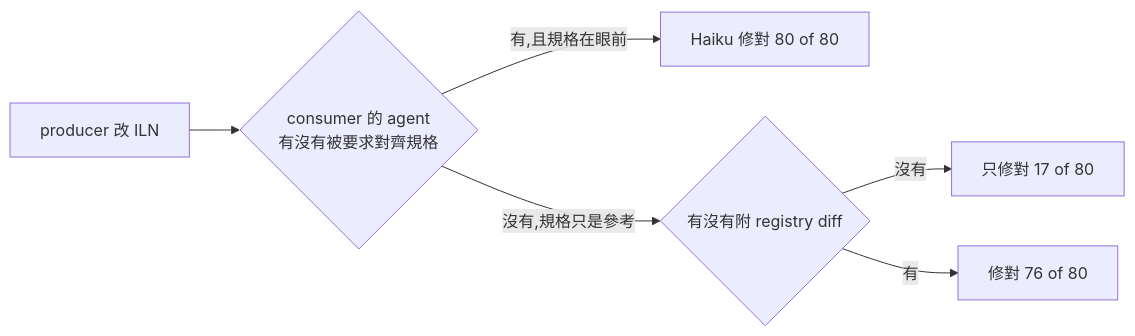
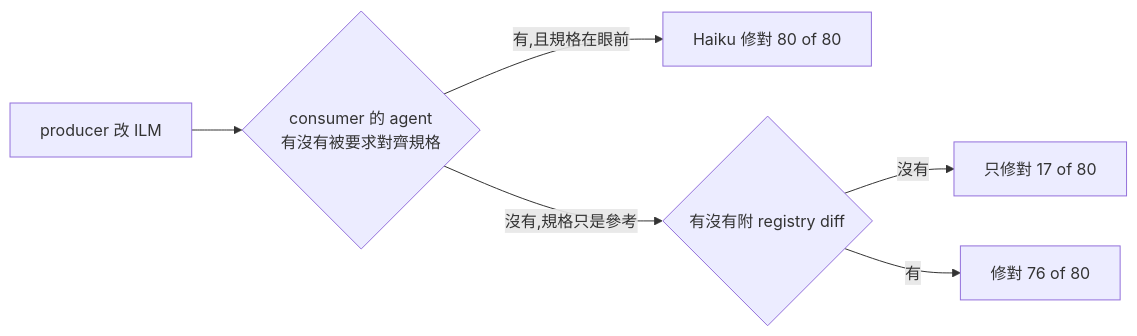
The third of 3 diagrams in knowledge/technology/code-dev/spec-code-flow/ilm-multi-team-spec-workflow.md (shooter2062424/Knowledge), drawn with Mermaid before and after one commit. The commit also changed other lines of this file and 17 other files, not shown here.

First line of the commit message:
[fix] 術語更正:ILN 改為 ILM 的內容替換(筆記、README、程式、範例)

````diff
--- a/knowledge/technology/code-dev/spec-code-flow/ilm-multi-team-spec-workflow.md
+++ b/knowledge/technology/code-dev/spec-code-flow/ilm-multi-team-spec-workflow.md
@@ -232,8 +232,8 @@
 ```mermaid
 flowchart LR
-    A["producer 改 ILN"] --> B{"consumer 的 agent<br/>有沒有被要求對齊規格"}
+    A["producer 改 ILM"] --> B{"consumer 的 agent<br/>有沒有被要求對齊規格"}
     B -->|"有,且規格在眼前"| C["Haiku 修對 80 of 80"]
     B -->|"沒有,規格只是參考"| D{"有沒有附 registry diff"}
     D -->|"沒有"| E["只修對 17 of 80"]
     D -->|"有"| F["修對 76 of 80"]
 ```
````
